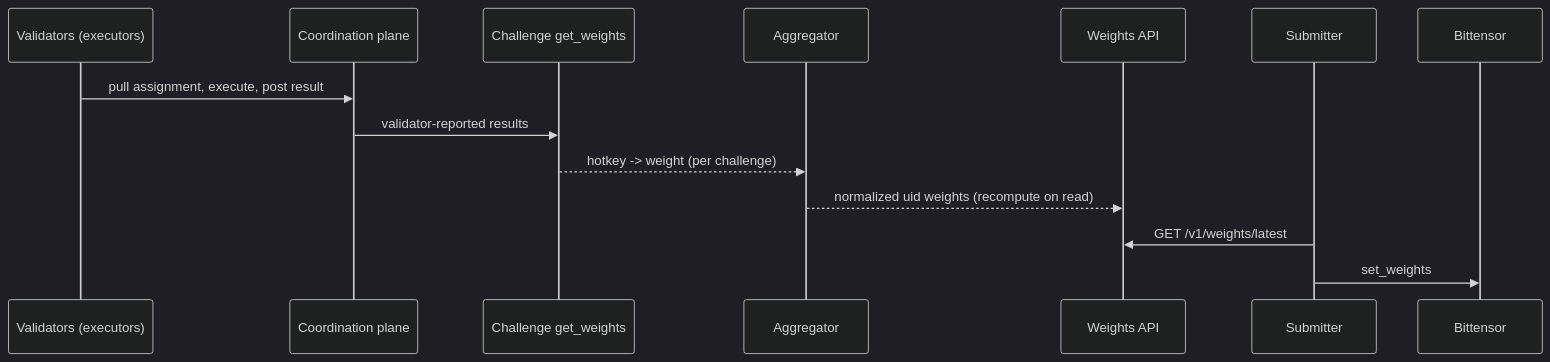
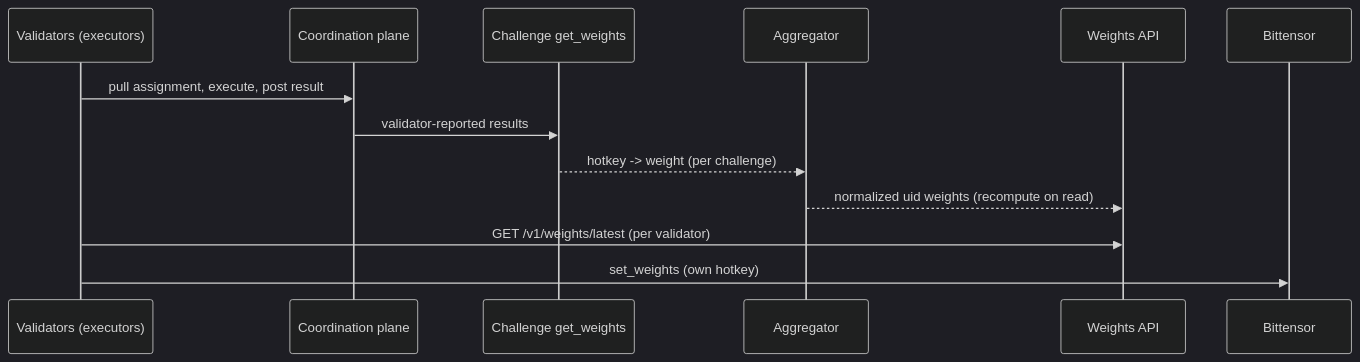
One commit to BaseIntelligence/base changed the second of 2 diagrams in README.md. Above: the diagram before and after it, drawn with Mermaid (dark theme). The commit also changed other lines of this file, not shown here.

Commit message:
docs(readme): reflect autonomous auto-update, registry reconciler, per-validator on-chain weights

````diff
--- a/README.md
+++ b/README.md
@@ -111,17 +111,16 @@
 ```mermaid
 sequenceDiagram
     participant V as Validators (executors)
     participant CP as Coordination plane
     participant A as Challenge get_weights
     participant G as Aggregator
     participant W as Weights API
-    participant SUB as Submitter
     participant BT as Bittensor
 
     V->>CP: pull assignment, execute, post result
     CP->>A: validator-reported results
     A-->>G: hotkey -> weight (per challenge)
     G-->>W: normalized uid weights (recompute on read)
-    SUB->>W: GET /v1/weights/latest
-    SUB->>BT: set_weights
+    V->>W: GET /v1/weights/latest (per validator)
+    V->>BT: set_weights (own hotkey)
 ```
````
